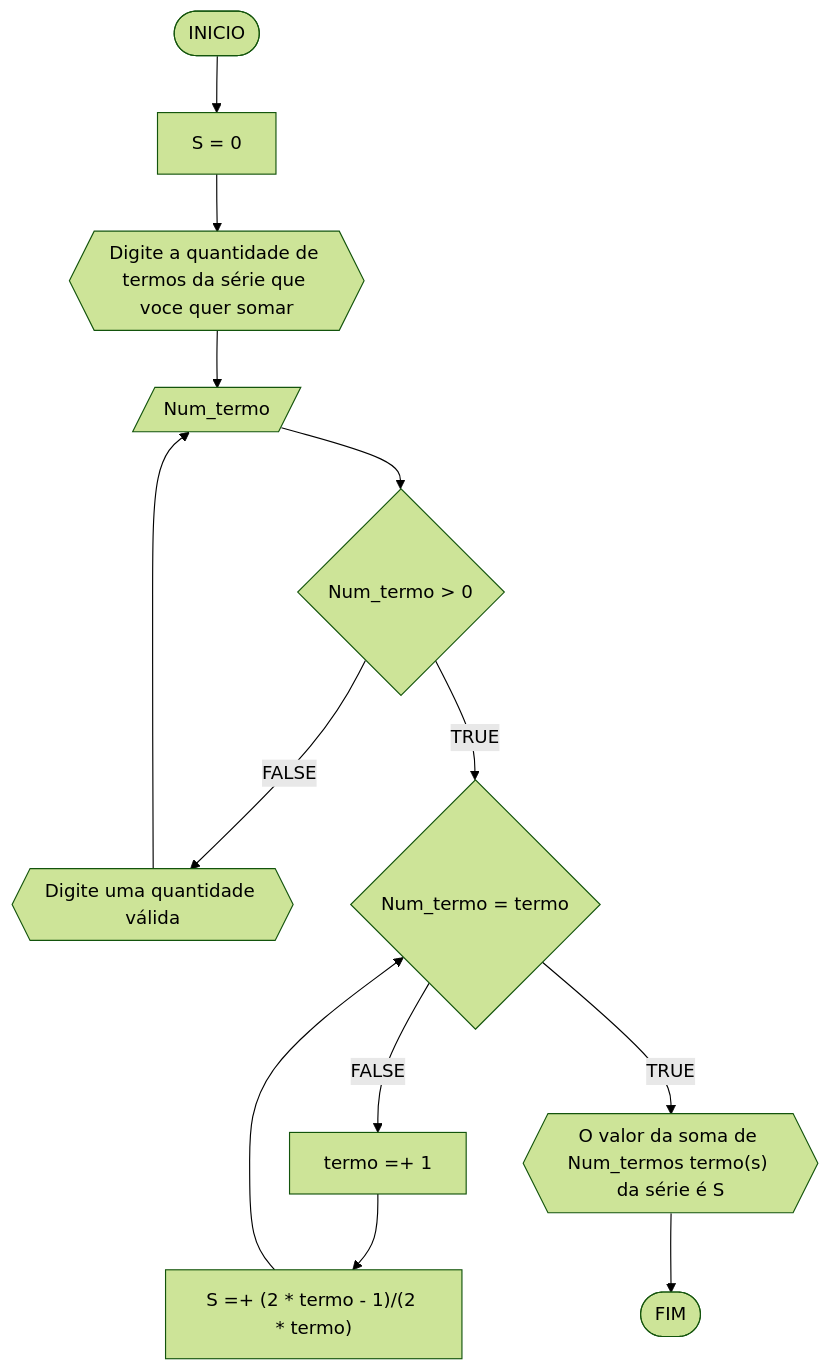
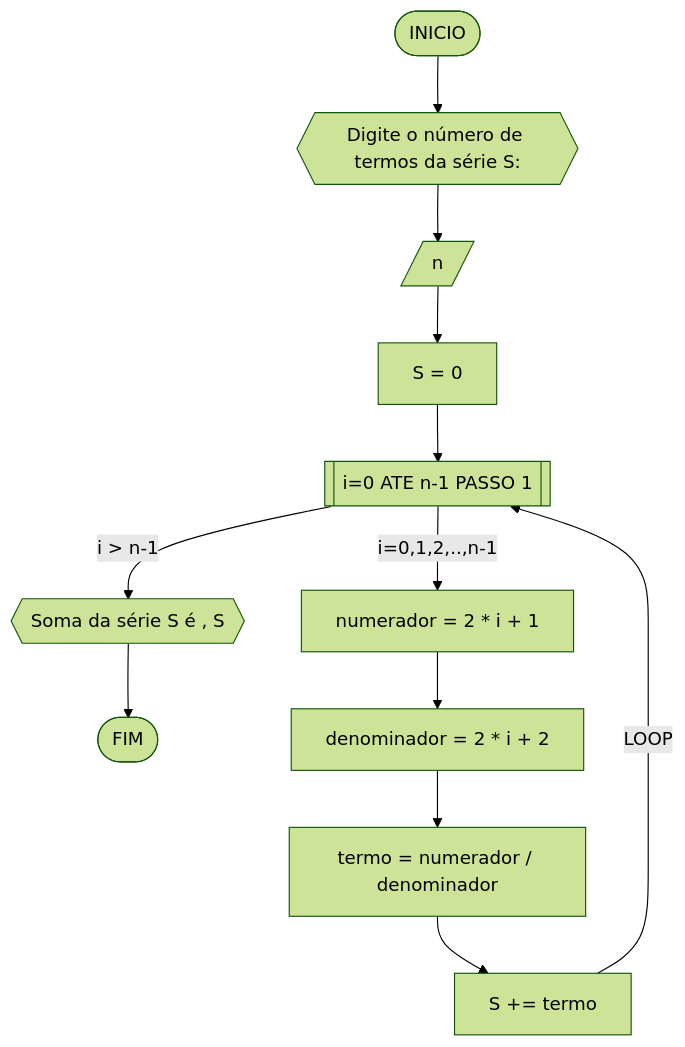
One commit to EPorfirio/UNIFOR changed the fifth of 8 diagrams in unidade1/AD1.md. Above: the diagram before and after it, drawn with Mermaid (forest theme). The commit also changed other lines of this file, not shown here.

````diff
--- a/unidade1/AD1.md
+++ b/unidade1/AD1.md
@@ -303,15 +346,14 @@
 ```mermaid
 flowchart TD
-A([INICIO]) --> B[S = 0]
-B --> D{{Digite a quantidade de termos da série que voce quer somar}}
-D --> E[/Num_termo/]
-E --> F{Num_termo > 0}
-F --FALSE--> G{{Digite uma quantidade válida}}
-G --> E
-F --TRUE--> H{Num_termo = termo}
-H --FALSE--> I[termo =+ 1]
-I --> J["S =+ (2 * termo - 1)/(2 * termo)"]
-J --> H
-H --TRUE--> K{{"O valor da soma de Num_termos termo(s) da série é S"}}
-K --> L([FIM])
+A([INICIO]) --> B{{"Digite o número de termos da série S:"}}
+B --> C[/n/]
+C --> D[S = 0]
+D --> E[[i=0 ATE n-1 PASSO 1]]
+E --"i > n-1"--> J{{"Soma da série S é ", S}}
+J --> K([FIM])
+E --"i=0,1,2,..,n-1"--> F[numerador = 2 * i + 1]
+F --> G[denominador = 2 * i + 2]
+G --> H[termo = numerador / denominador]
+H --> I[S += termo]
+I --LOOP--> E
 ```
````
